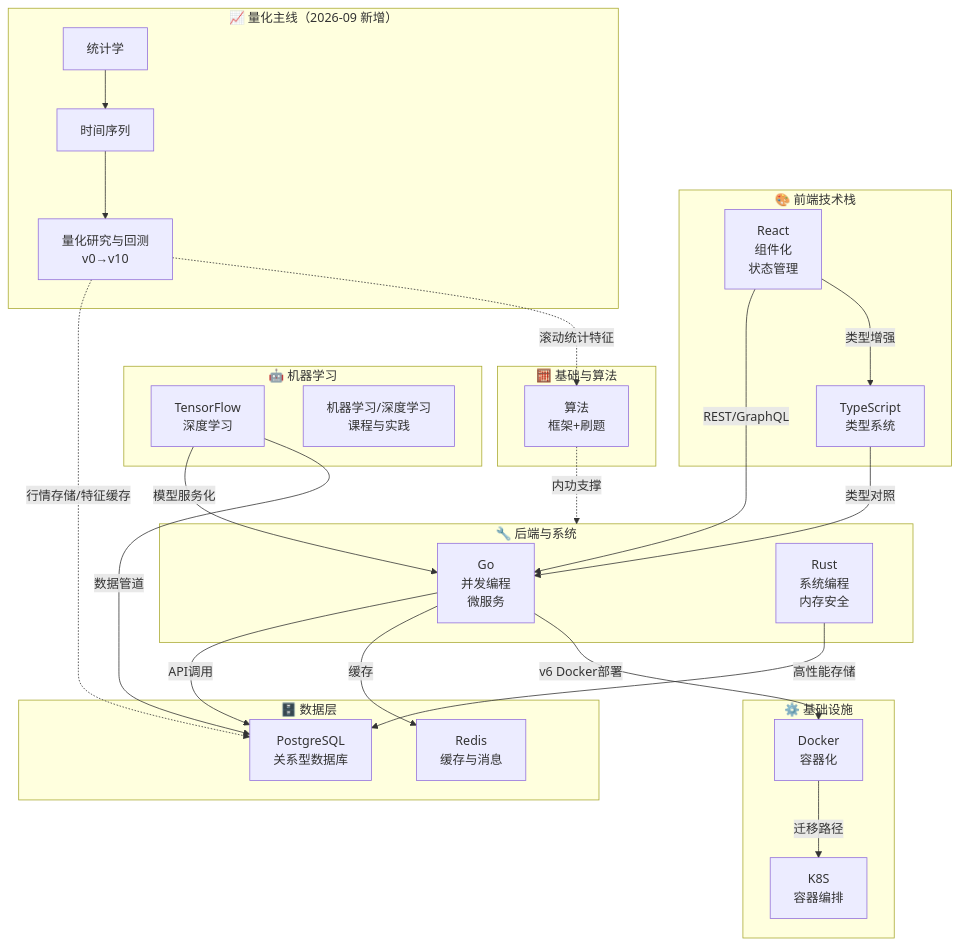
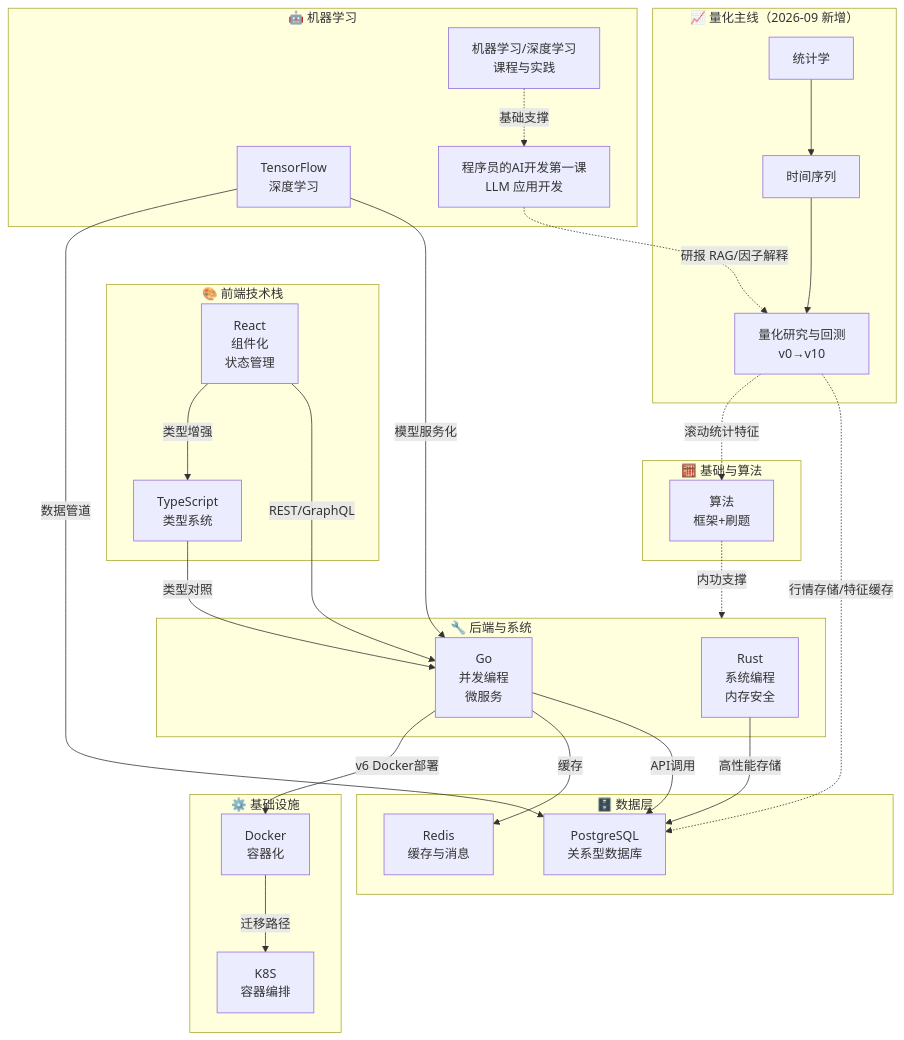
Before and after one commit to 2497299473/ObsidianNotes: the first of 3 diagrams in 01-学习/跨技术栈学习路径总览.md, drawn with Mermaid. The commit also changed other lines of this file and 6 other files, not shown here.

````diff
--- a/01-学习/跨技术栈学习路径总览.md
+++ b/01-学习/跨技术栈学习路径总览.md
@@ -21,44 +21,47 @@
 ```mermaid
 graph TD
     subgraph Backend["🔧 后端与系统"]
         Go["Go<br/>并发编程<br/>微服务"]
         Rust["Rust<br/>系统编程<br/>内存安全"]
     end
     subgraph Frontend["🎨 前端技术栈"]
         React["React<br/>组件化<br/>状态管理"]
         TS["TypeScript<br/>类型系统"]
     end
     subgraph Data["🗄️ 数据层"]
         PG["PostgreSQL<br/>关系型数据库"]
         Redis["Redis<br/>缓存与消息"]
     end
     subgraph ML["🤖 机器学习"]
         TF["TensorFlow<br/>深度学习"]
         MLM["机器学习/深度学习<br/>课程与实践"]
+        LLM["程序员的AI开发第一课<br/>LLM 应用开发"]
     end
     subgraph Infra["⚙️ 基础设施"]
         Docker["Docker<br/>容器化"]
         K8S["K8S<br/>容器编排"]
     end
     subgraph Basics["🧮 基础与算法"]
         Algo["算法<br/>框架+刷题"]
     end
     subgraph QuantLine["📈 量化主线（2026-09 新增）"]
         Stat["统计学"] --> Ts2["时间序列"]
         Ts2 --> QuantR["量化研究与回测<br/>v0→v10"]
     end
 
     React -->|REST/GraphQL| Go
     React -->|类型增强| TS
     TS -->|类型对照| Go
     Go -->|API调用| PG
     Go -->|缓存| Redis
     Rust -->|高性能存储| PG
     TF -->|模型服务化| Go
     TF -->|数据管道| PG
     Docker -->|迁移路径| K8S
     Go -->|v6 Docker部署| Docker
     Algo -.->|内功支撑| Backend
     QuantR -.->|行情存储/特征缓存| PG
     QuantR -.->|滚动统计特征| Algo
+    MLM -.->|基础支撑| LLM
+    LLM -.->|研报 RAG/因子解释| QuantR
 ```
````
